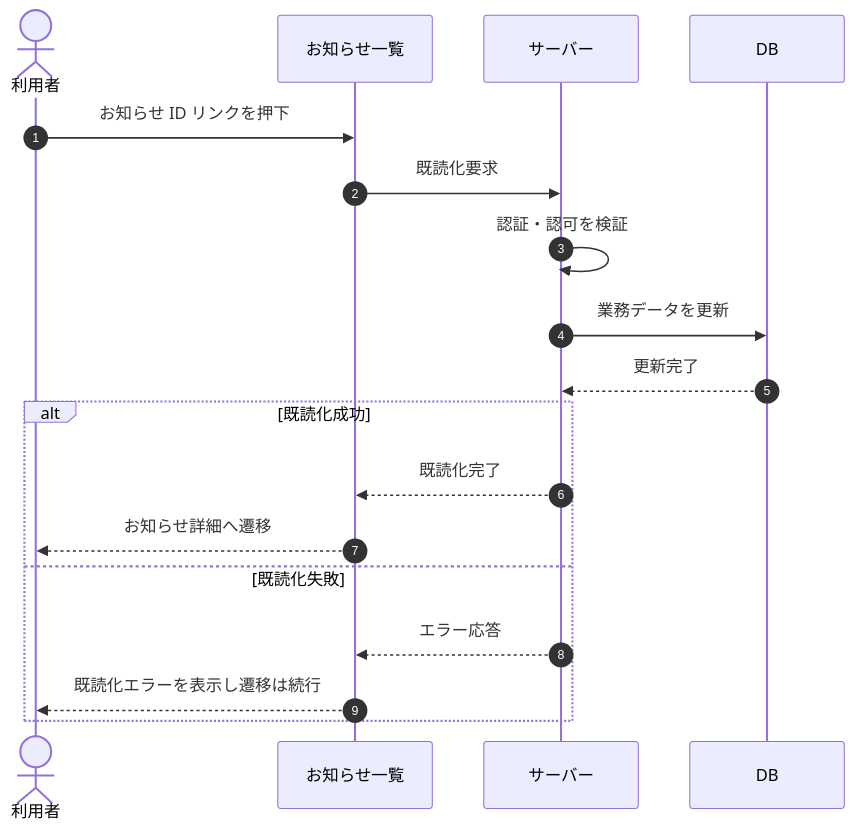
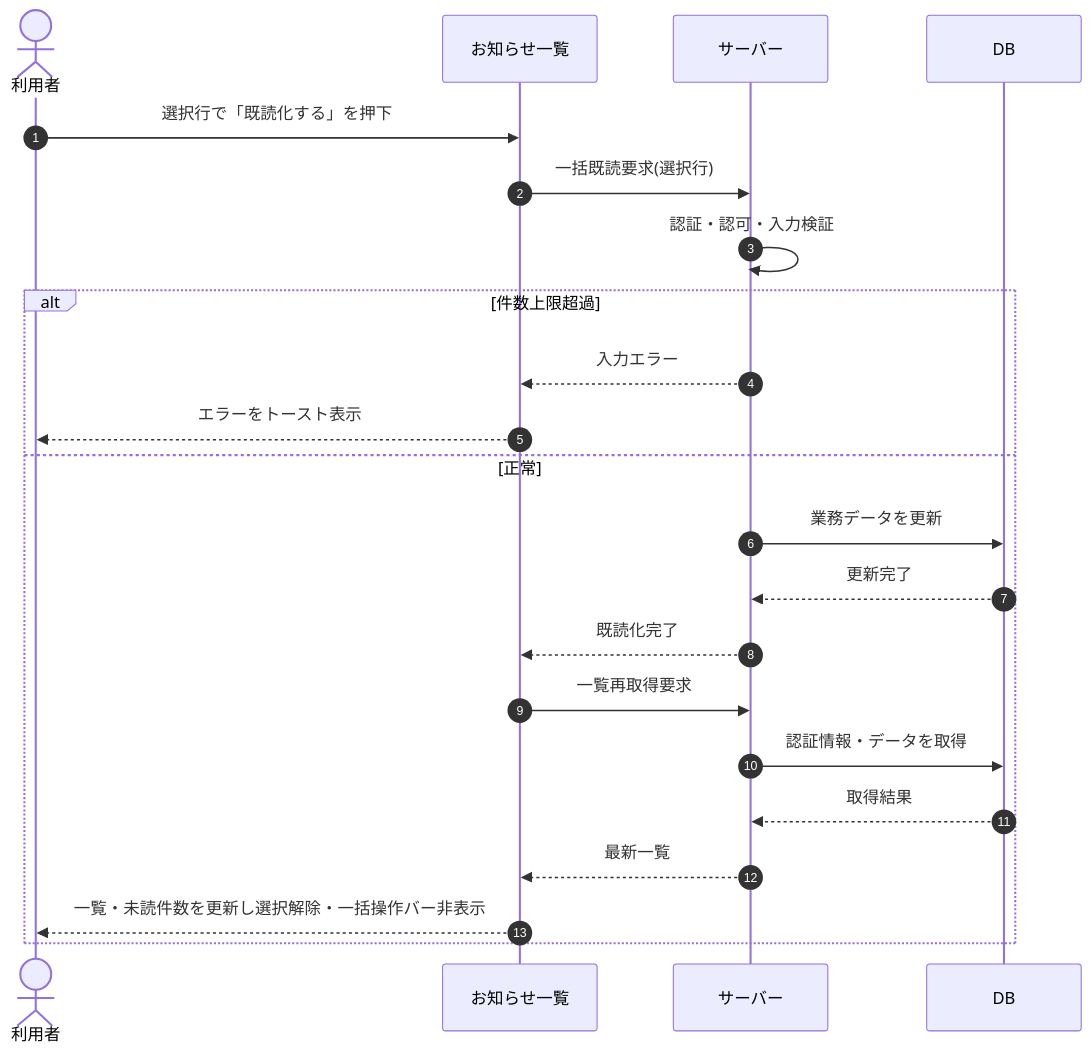
Before and after one commit to sikakou54/open-faq: the diagram in 02_basic_design/03_sequences/SEQ-058.md, drawn with Mermaid. The commit also changed other lines of this file and 395 other files, not shown here.

````diff
--- a/02_basic_design/03_sequences/SEQ-058.md
+++ b/02_basic_design/03_sequences/SEQ-058.md
@@ -25,20 +25,24 @@
 ```mermaid
 sequenceDiagram
   autonumber
   actor U as 利用者
   participant Screen as お知らせ一覧
   participant Server as サーバー
   participant DB as DB
-  U->>Screen: お知らせ ID リンクを押下
-  Screen->>Server: 既読化要求
-  Server->>Server: 認証・認可を検証
-  Server->>DB: 業務データを更新
-  DB-->>Server: 更新完了
-  alt 既読化成功
+  U->>Screen: 選択行で「既読化する」を押下
+  Screen->>Server: 一括既読要求(選択行)
+  Server->>Server: 認証・認可・入力検証
+  alt 件数上限超過
+    Server-->>Screen: 入力エラー
+    Screen-->>U: エラーをトースト表示
+  else 正常
+    Server->>DB: 業務データを更新
+    DB-->>Server: 更新完了
     Server-->>Screen: 既読化完了
-    Screen-->>U: お知らせ詳細へ遷移
-  else 既読化失敗
-    Server-->>Screen: エラー応答
-    Screen-->>U: 既読化エラーを表示し遷移は続行
+    Screen->>Server: 一覧再取得要求
+    Server->>DB: 認証情報・データを取得
+    DB-->>Server: 取得結果
+    Server-->>Screen: 最新一覧
+    Screen-->>U: 一覧・未読件数を更新し選択解除・一括操作バー非表示
   end
 ```
````
